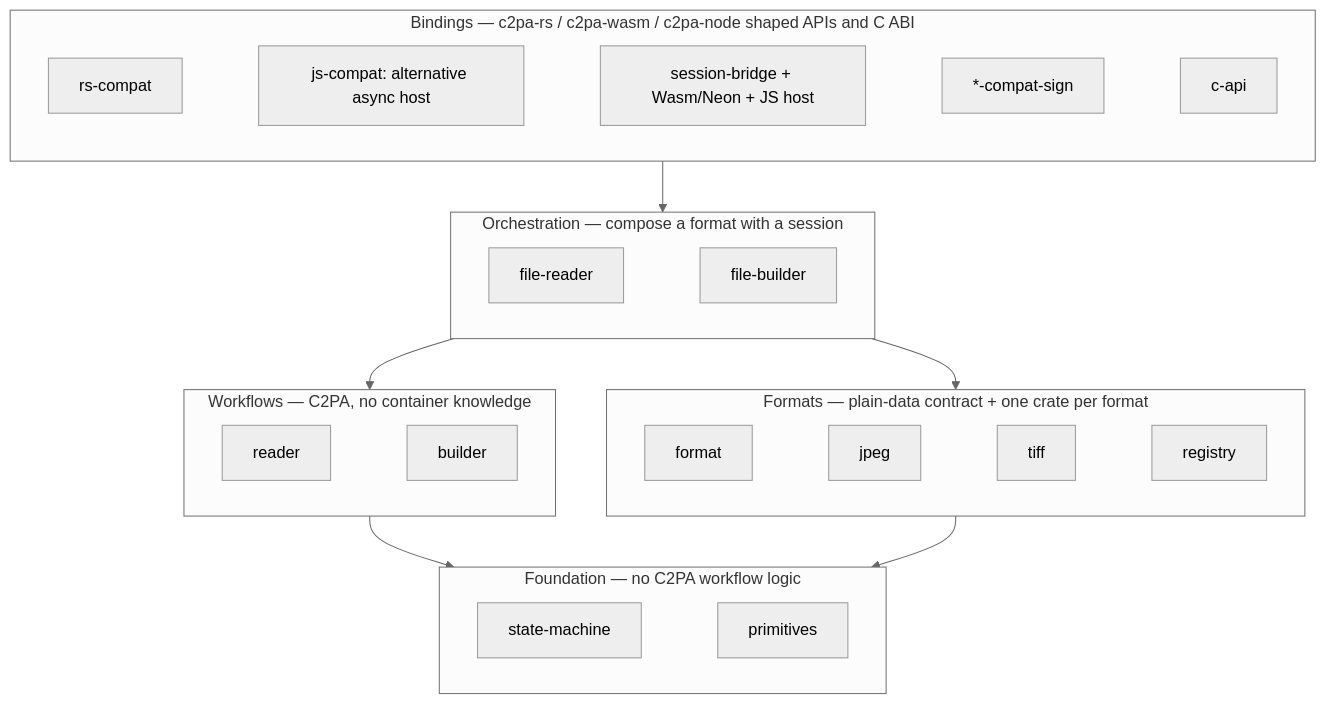
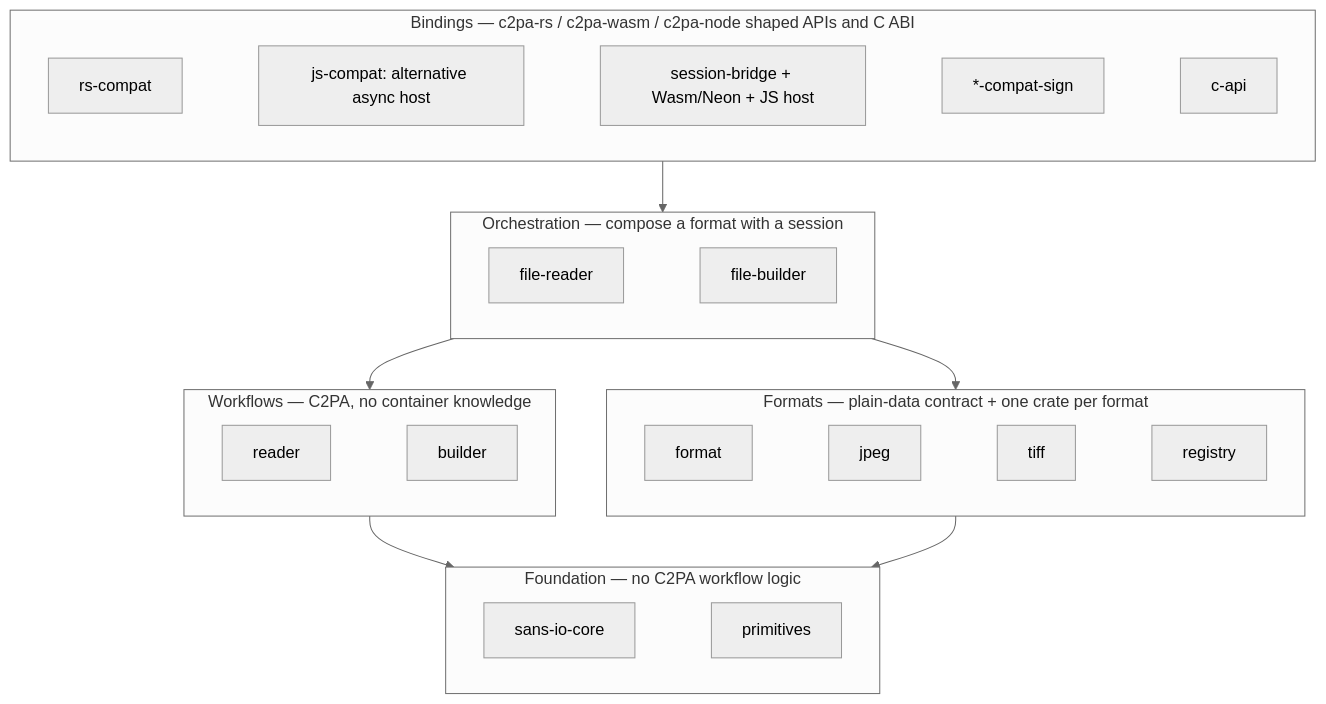
One commit to scouten/state-machine-experiment changed the second of 2 diagrams in docs/walkthrough/02-architecture.md. Above: the diagram before and after it, drawn with Mermaid (neutral theme). The commit also changed other lines of this file and 102 other files, not shown here.

First line of the commit message:
Rename core to contentauth-sans-io-core and clarify workflow styles (#87)

````diff
--- a/docs/walkthrough/02-architecture.md
+++ b/docs/walkthrough/02-architecture.md
@@ -90,25 +90,25 @@
 ```mermaid
 flowchart TB
     subgraph L5["Bindings — c2pa-rs / c2pa-wasm / c2pa-node shaped APIs and C ABI"]
         direction LR
         b1[rs-compat] ~~~ b2["js-compat: alternative async host"] ~~~ b3["session-bridge + Wasm/Neon + JS host"] ~~~ b4["*-compat-sign"] ~~~ b5[c-api]
     end
     subgraph L4["Orchestration — compose a format with a session"]
         direction LR
         o1[file-reader] ~~~ o2[file-builder]
     end
     subgraph L3["Formats — plain-data contract + one crate per format"]
         direction LR
         f1[format] ~~~ f2[jpeg] ~~~ f3[tiff] ~~~ f4[registry]
     end
     subgraph L2["Workflows — C2PA, no container knowledge"]
         direction LR
         w1[reader] ~~~ w2[builder]
     end
     subgraph L1["Foundation — no C2PA workflow logic"]
         direction LR
-        e1[state-machine] ~~~ e2[primitives]
+        e1[sans-io-core] ~~~ e2[primitives]
     end
     L5 --> L4 --> L2 --> L1
     L4 --> L3 --> L1
 ```
````
